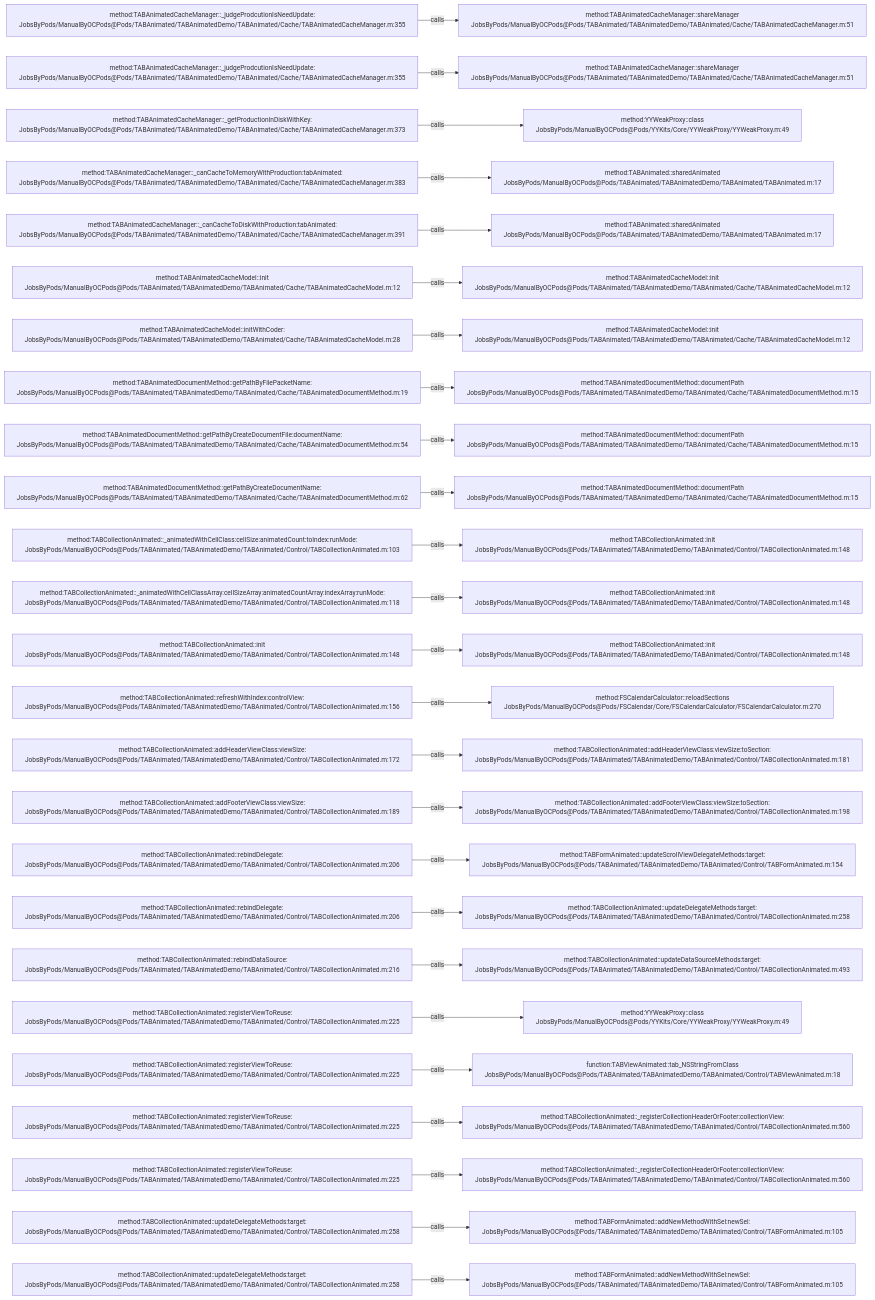
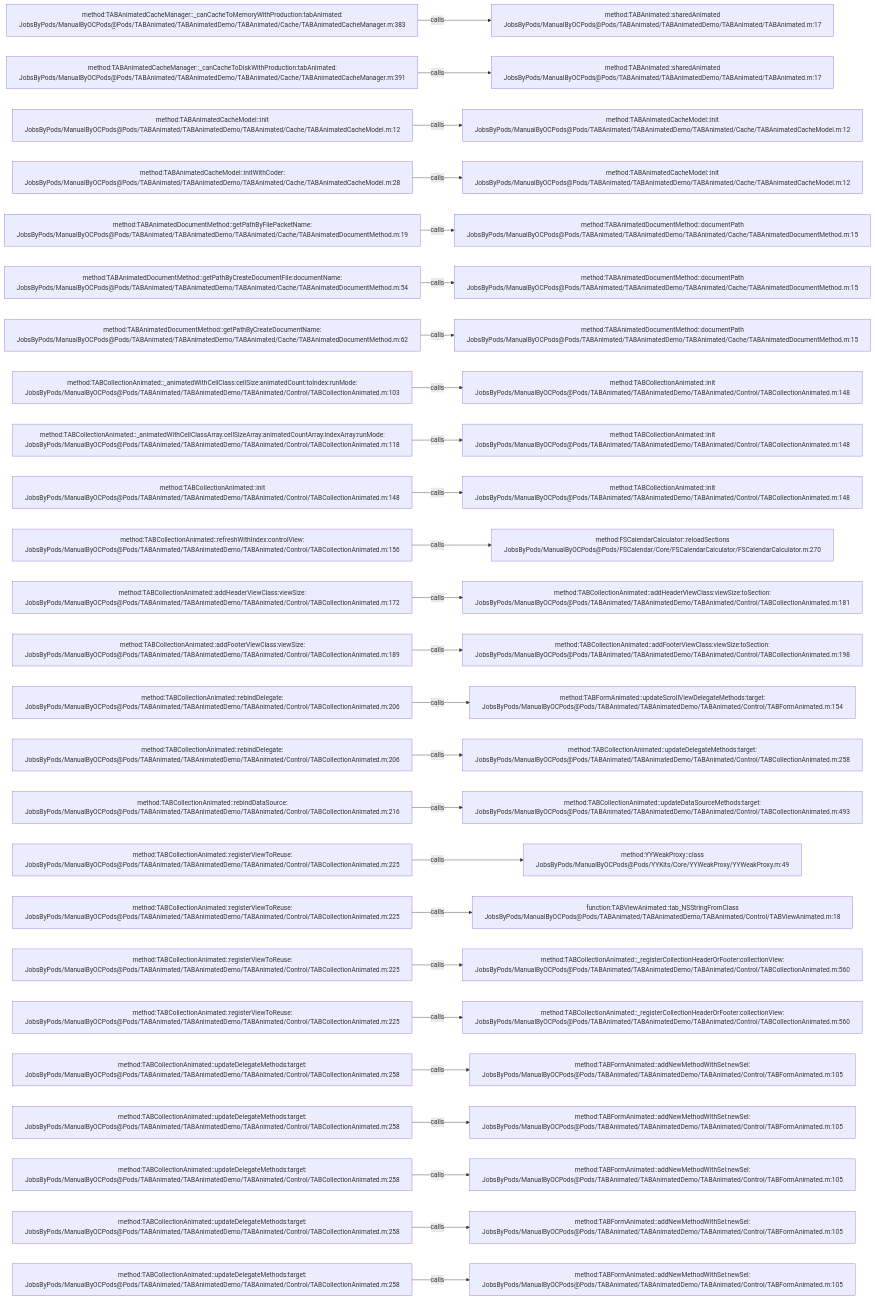
One commit to JobsKits/JobsOCBaseConfigDemo changed the diagram in .codegraph/codegraph.md/graphs/calls-023.md. Above: the diagram before and after it, drawn with Mermaid. The commit also changed 342 other files, not shown here.

````diff
--- a/.codegraph/codegraph.md/graphs/calls-023.md
+++ b/.codegraph/codegraph.md/graphs/calls-023.md
@@ -13,78 +13,78 @@
 ```mermaid
 flowchart LR
-  S1["method:TABAnimatedCacheManager::_judgeProdcutionIsNeedUpdate:<br/>JobsByPods/ManualByOCPods@Pods/TABAnimated/TABAnimatedDemo/TABAnimated/Cache/TABAnimatedCacheManager.m:355"]
-  T1["method:TABAnimatedCacheManager::shareManager<br/>JobsByPods/ManualByOCPods@Pods/TABAnimated/TABAnimatedDemo/TABAnimated/Cache/TABAnimatedCacheManager.m:51"]
+  S1["method:TABAnimatedCacheManager::_canCacheToMemoryWithProduction:tabAnimated:<br/>JobsByPods/ManualByOCPods@Pods/TABAnimated/TABAnimatedDemo/TABAnimated/Cache/TABAnimatedCacheManager.m:383"]
+  T1["method:TABAnimated::sharedAnimated<br/>JobsByPods/ManualByOCPods@Pods/TABAnimated/TABAnimatedDemo/TABAnimated/TABAnimated.m:17"]
   S1 -->|calls| T1
-  S2["method:TABAnimatedCacheManager::_judgeProdcutionIsNeedUpdate:<br/>JobsByPods/ManualByOCPods@Pods/TABAnimated/TABAnimatedDemo/TABAnimated/Cache/TABAnimatedCacheManager.m:355"]
-  T2["method:TABAnimatedCacheManager::shareManager<br/>JobsByPods/ManualByOCPods@Pods/TABAnimated/TABAnimatedDemo/TABAnimated/Cache/TABAnimatedCacheManager.m:51"]
+  S2["method:TABAnimatedCacheManager::_canCacheToDiskWithProduction:tabAnimated:<br/>JobsByPods/ManualByOCPods@Pods/TABAnimated/TABAnimatedDemo/TABAnimated/Cache/TABAnimatedCacheManager.m:391"]
+  T2["method:TABAnimated::sharedAnimated<br/>JobsByPods/ManualByOCPods@Pods/TABAnimated/TABAnimatedDemo/TABAnimated/TABAnimated.m:17"]
   S2 -->|calls| T2
-  S3["method:TABAnimatedCacheManager::_getProductionInDiskWithKey:<br/>JobsByPods/ManualByOCPods@Pods/TABAnimated/TABAnimatedDemo/TABAnimated/Cache/TABAnimatedCacheManager.m:373"]
-  T3["method:YYWeakProxy::class<br/>JobsByPods/ManualByOCPods@Pods/YYKits/Core/YYWeakProxy/YYWeakProxy.m:49"]
+  S3["method:TABAnimatedCacheModel::init<br/>JobsByPods/ManualByOCPods@Pods/TABAnimated/TABAnimatedDemo/TABAnimated/Cache/TABAnimatedCacheModel.m:12"]
+  T3["method:TABAnimatedCacheModel::init<br/>JobsByPods/ManualByOCPods@Pods/TABAnimated/TABAnimatedDemo/TABAnimated/Cache/TABAnimatedCacheModel.m:12"]
   S3 -->|calls| T3
-  S4["method:TABAnimatedCacheManager::_canCacheToMemoryWithProduction:tabAnimated:<br/>JobsByPods/ManualByOCPods@Pods/TABAnimated/TABAnimatedDemo/TABAnimated/Cache/TABAnimatedCacheManager.m:383"]
-  T4["method:TABAnimated::sharedAnimated<br/>JobsByPods/ManualByOCPods@Pods/TABAnimated/TABAnimatedDemo/TABAnimated/TABAnimated.m:17"]
+  S4["method:TABAnimatedCacheModel::initWithCoder:<br/>JobsByPods/ManualByOCPods@Pods/TABAnimated/TABAnimatedDemo/TABAnimated/Cache/TABAnimatedCacheModel.m:28"]
+  T4["method:TABAnimatedCacheModel::init<br/>JobsByPods/ManualByOCPods@Pods/TABAnimated/TABAnimatedDemo/TABAnimated/Cache/TABAnimatedCacheModel.m:12"]
   S4 -->|calls| T4
-  S5["method:TABAnimatedCacheManager::_canCacheToDiskWithProduction:tabAnimated:<br/>JobsByPods/ManualByOCPods@Pods/TABAnimated/TABAnimatedDemo/TABAnimated/Cache/TABAnimatedCacheManager.m:391"]
-  T5["method:TABAnimated::sharedAnimated<br/>JobsByPods/ManualByOCPods@Pods/TABAnimated/TABAnimatedDemo/TABAnimated/TABAnimated.m:17"]
+  S5["method:TABAnimatedDocumentMethod::getPathByFilePacketName:<br/>JobsByPods/ManualByOCPods@Pods/TABAnimated/TABAnimatedDemo/TABAnimated/Cache/TABAnimatedDocumentMethod.m:19"]
+  T5["method:TABAnimatedDocumentMethod::documentPath<br/>JobsByPods/ManualByOCPods@Pods/TABAnimated/TABAnimatedDemo/TABAnimated/Cache/TABAnimatedDocumentMethod.m:15"]
   S5 -->|calls| T5
-  S6["method:TABAnimatedCacheModel::init<br/>JobsByPods/ManualByOCPods@Pods/TABAnimated/TABAnimatedDemo/TABAnimated/Cache/TABAnimatedCacheModel.m:12"]
-  T6["method:TABAnimatedCacheModel::init<br/>JobsByPods/ManualByOCPods@Pods/TABAnimated/TABAnimatedDemo/TABAnimated/Cache/TABAnimatedCacheModel.m:12"]
+  S6["method:TABAnimatedDocumentMethod::getPathByCreateDocumentFile:documentName:<br/>JobsByPods/ManualByOCPods@Pods/TABAnimated/TABAnimatedDemo/TABAnimated/Cache/TABAnimatedDocumentMethod.m:54"]
+  T6["method:TABAnimatedDocumentMethod::documentPath<br/>JobsByPods/ManualByOCPods@Pods/TABAnimated/TABAnimatedDemo/TABAnimated/Cache/TABAnimatedDocumentMethod.m:15"]
   S6 -->|calls| T6
-  S7["method:TABAnimatedCacheModel::initWithCoder:<br/>JobsByPods/ManualByOCPods@Pods/TABAnimated/TABAnimatedDemo/TABAnimated/Cache/TABAnimatedCacheModel.m:28"]
-  T7["method:TABAnimatedCacheModel::init<br/>JobsByPods/ManualByOCPods@Pods/TABAnimated/TABAnimatedDemo/TABAnimated/Cache/TABAnimatedCacheModel.m:12"]
+  S7["method:TABAnimatedDocumentMethod::getPathByCreateDocumentName:<br/>JobsByPods/ManualByOCPods@Pods/TABAnimated/TABAnimatedDemo/TABAnimated/Cache/TABAnimatedDocumentMethod.m:62"]
+  T7["method:TABAnimatedDocumentMethod::documentPath<br/>JobsByPods/ManualByOCPods@Pods/TABAnimated/TABAnimatedDemo/TABAnimated/Cache/TABAnimatedDocumentMethod.m:15"]
   S7 -->|calls| T7
-  S8["method:TABAnimatedDocumentMethod::getPathByFilePacketName:<br/>JobsByPods/ManualByOCPods@Pods/TABAnimated/TABAnimatedDemo/TABAnimated/Cache/TABAnimatedDocumentMethod.m:19"]
-  T8["method:TABAnimatedDocumentMethod::documentPath<br/>JobsByPods/ManualByOCPods@Pods/TABAnimated/TABAnimatedDemo/TABAnimated/Cache/TABAnimatedDocumentMethod.m:15"]
+  S8["method:TABCollectionAnimated::_animatedWithCellClass:cellSize:animatedCount:toIndex:runMode:<br/>JobsByPods/ManualByOCPods@Pods/TABAnimated/TABAnimatedDemo/TABAnimated/Control/TABCollectionAnimated.m:103"]
+  T8["method:TABCollectionAnimated::init<br/>JobsByPods/ManualByOCPods@Pods/TABAnimated/TABAnimatedDemo/TABAnimated/Control/TABCollectionAnimated.m:148"]
   S8 -->|calls| T8
-  S9["method:TABAnimatedDocumentMethod::getPathByCreateDocumentFile:documentName:<br/>JobsByPods/ManualByOCPods@Pods/TABAnimated/TABAnimatedDemo/TABAnimated/Cache/TABAnimatedDocumentMethod.m:54"]
-  T9["method:TABAnimatedDocumentMethod::documentPath<br/>JobsByPods/ManualByOCPods@Pods/TABAnimated/TABAnimatedDemo/TABAnimated/Cache/TABAnimatedDocumentMethod.m:15"]
+  S9["method:TABCollectionAnimated::_animatedWithCellClassArray:cellSizeArray:animatedCountArray:indexArray:runMode:<br/>JobsByPods/ManualByOCPods@Pods/TABAnimated/TABAnimatedDemo/TABAnimated/Control/TABCollectionAnimated.m:118"]
+  T9["method:TABCollectionAnimated::init<br/>JobsByPods/ManualByOCPods@Pods/TABAnimated/TABAnimatedDemo/TABAnimated/Control/TABCollectionAnimated.m:148"]
   S9 -->|calls| T9
-  S10["method:TABAnimatedDocumentMethod::getPathByCreateDocumentName:<br/>JobsByPods/ManualByOCPods@Pods/TABAnimated/TABAnimatedDemo/TABAnimated/Cache/TABAnimatedDocumentMethod.m:62"]
-  T10["method:TABAnimatedDocumentMethod::documentPath<br/>JobsByPods/ManualByOCPods@Pods/TABAnimated/TABAnimatedDemo/TABAnimated/Cache/TABAnimatedDocumentMethod.m:15"]
+  S10["method:TABCollectionAnimated::init<br/>JobsByPods/ManualByOCPods@Pods/TABAnimated/TABAnimatedDemo/TABAnimated/Control/TABCollectionAnimated.m:148"]
+  T10["method:TABCollectionAnimated::init<br/>JobsByPods/ManualByOCPods@Pods/TABAnimated/TABAnimatedDemo/TABAnimated/Control/TABCollectionAnimated.m:148"]
   S10 -->|calls| T10
-  S11["method:TABCollectionAnimated::_animatedWithCellClass:cellSize:animatedCount:toIndex:runMode:<br/>JobsByPods/ManualByOCPods@Pods/TABAnimated/TABAnimatedDemo/TABAnimated/Control/TABCollectionAnimated.m:103"]
-  T11["method:TABCollectionAnimated::init<br/>JobsByPods/ManualByOCPods@Pods/TABAnimated/TABAnimatedDemo/TABAnimated/Control/TABCollectionAnimated.m:148"]
+  S11["method:TABCollectionAnimated::refreshWithIndex:controlView:<br/>JobsByPods/ManualByOCPods@Pods/TABAnimated/TABAnimatedDemo/TABAnimated/Control/TABCollectionAnimated.m:156"]
+  T11["method:FSCalendarCalculator::reloadSections<br/>JobsByPods/ManualByOCPods@Pods/FSCalendar/Core/FSCalendarCalculator/FSCalendarCalculator.m:270"]
   S11 -->|calls| T11
-  S12["method:TABCollectionAnimated::_animatedWithCellClassArray:cellSizeArray:animatedCountArray:indexArray:runMode:<br/>JobsByPods/ManualByOCPods@Pods/TABAnimated/TABAnimatedDemo/TABAnimated/Control/TABCollectionAnimated.m:118"]
-  T12["method:TABCollectionAnimated::init<br/>JobsByPods/ManualByOCPods@Pods/TABAnimated/TABAnimatedDemo/TABAnimated/Control/TABCollectionAnimated.m:148"]
+  S12["method:TABCollectionAnimated::addHeaderViewClass:viewSize:<br/>JobsByPods/ManualByOCPods@Pods/TABAnimated/TABAnimatedDemo/TABAnimated/Control/TABCollectionAnimated.m:172"]
+  T12["method:TABCollectionAnimated::addHeaderViewClass:viewSize:toSection:<br/>JobsByPods/ManualByOCPods@Pods/TABAnimated/TABAnimatedDemo/TABAnimated/Control/TABCollectionAnimated.m:181"]
   S12 -->|calls| T12
-  S13["method:TABCollectionAnimated::init<br/>JobsByPods/ManualByOCPods@Pods/TABAnimated/TABAnimatedDemo/TABAnimated/Control/TABCollectionAnimated.m:148"]
-  T13["method:TABCollectionAnimated::init<br/>JobsByPods/ManualByOCPods@Pods/TABAnimated/TABAnimatedDemo/TABAnimated/Control/TABCollectionAnimated.m:148"]
+  S13["method:TABCollectionAnimated::addFooterViewClass:viewSize:<br/>JobsByPods/ManualByOCPods@Pods/TABAnimated/TABAnimatedDemo/TABAnimated/Control/TABCollectionAnimated.m:189"]
+  T13["method:TABCollectionAnimated::addFooterViewClass:viewSize:toSection:<br/>JobsByPods/ManualByOCPods@Pods/TABAnimated/TABAnimatedDemo/TABAnimated/Control/TABCollectionAnimated.m:198"]
   S13 -->|calls| T13
-  S14["method:TABCollectionAnimated::refreshWithIndex:controlView:<br/>JobsByPods/ManualByOCPods@Pods/TABAnimated/TABAnimatedDemo/TABAnimated/Control/TABCollectionAnimated.m:156"]
-  T14["method:FSCalendarCalculator::reloadSections<br/>JobsByPods/ManualByOCPods@Pods/FSCalendar/Core/FSCalendarCalculator/FSCalendarCalculator.m:270"]
+  S14["method:TABCollectionAnimated::rebindDelegate:<br/>JobsByPods/ManualByOCPods@Pods/TABAnimated/TABAnimatedDemo/TABAnimated/Control/TABCollectionAnimated.m:206"]
+  T14["method:TABFormAnimated::updateScrollViewDelegateMethods:target:<br/>JobsByPods/ManualByOCPods@Pods/TABAnimated/TABAnimatedDemo/TABAnimated/Control/TABFormAnimated.m:154"]
   S14 -->|calls| T14
-  S15["method:TABCollectionAnimated::addHeaderViewClass:viewSize:<br/>JobsByPods/ManualByOCPods@Pods/TABAnimated/TABAnimatedDemo/TABAnimated/Control/TABCollectionAnimated.m:172"]
-  T15["method:TABCollectionAnimated::addHeaderViewClass:viewSize:toSection:<br/>JobsByPods/ManualByOCPods@Pods/TABAnimated/TABAnimatedDemo/TABAnimated/Control/TABCollectionAnimated.m:181"]
+  S15["method:TABCollectionAnimated::rebindDelegate:<br/>JobsByPods/ManualByOCPods@Pods/TABAnimated/TABAnimatedDemo/TABAnimated/Control/TABCollectionAnimated.m:206"]
+  T15["method:TABCollectionAnimated::updateDelegateMethods:target:<br/>JobsByPods/ManualByOCPods@Pods/TABAnimated/TABAnimatedDemo/TABAnimated/Control/TABCollectionAnimated.m:258"]
   S15 -->|calls| T15
-  S16["method:TABCollectionAnimated::addFooterViewClass:viewSize:<br/>JobsByPods/ManualByOCPods@Pods/TABAnimated/TABAnimatedDemo/TABAnimated/Control/TABCollectionAnimated.m:189"]
-  T16["method:TABCollectionAnimated::addFooterViewClass:viewSize:toSection:<br/>JobsByPods/ManualByOCPods@Pods/TABAnimated/TABAnimatedDemo/TABAnimated/Control/TABCollectionAnimated.m:198"]
+  S16["method:TABCollectionAnimated::rebindDataSource:<br/>JobsByPods/ManualByOCPods@Pods/TABAnimated/TABAnimatedDemo/TABAnimated/Control/TABCollectionAnimated.m:216"]
+  T16["method:TABCollectionAnimated::updateDataSourceMethods:target:<br/>JobsByPods/ManualByOCPods@Pods/TABAnimated/TABAnimatedDemo/TABAnimated/Control/TABCollectionAnimated.m:493"]
   S16 -->|calls| T16
-  S17["method:TABCollectionAnimated::rebindDelegate:<br/>JobsByPods/ManualByOCPods@Pods/TABAnimated/TABAnimatedDemo/TABAnimated/Control/TABCollectionAnimated.m:206"]
-  T17["method:TABFormAnimated::updateScrollViewDelegateMethods:target:<br/>JobsByPods/ManualByOCPods@Pods/TABAnimated/TABAnimatedDemo/TABAnimated/Control/TABFormAnimated.m:154"]
+  S17["method:TABCollectionAnimated::registerViewToReuse:<br/>JobsByPods/ManualByOCPods@Pods/TABAnimated/TABAnimatedDemo/TABAnimated/Control/TABCollectionAnimated.m:225"]
+  T17["method:YYWeakProxy::class<br/>JobsByPods/ManualByOCPods@Pods/YYKits/Core/YYWeakProxy/YYWeakProxy.m:49"]
   S17 -->|calls| T17
-  S18["method:TABCollectionAnimated::rebindDelegate:<br/>JobsByPods/ManualByOCPods@Pods/TABAnimated/TABAnimatedDemo/TABAnimated/Control/TABCollectionAnimated.m:206"]
-  T18["method:TABCollectionAnimated::updateDelegateMethods:target:<br/>JobsByPods/ManualByOCPods@Pods/TABAnimated/TABAnimatedDemo/TABAnimated/Control/TABCollectionAnimated.m:258"]
+  S18["method:TABCollectionAnimated::registerViewToReuse:<br/>JobsByPods/ManualByOCPods@Pods/TABAnimated/TABAnimatedDemo/TABAnimated/Control/TABCollectionAnimated.m:225"]
+  T18["function:TABViewAnimated::tab_NSStringFromClass<br/>JobsByPods/ManualByOCPods@Pods/TABAnimated/TABAnimatedDemo/TABAnimated/Control/TABViewAnimated.m:18"]
   S18 -->|calls| T18
-  S19["method:TABCollectionAnimated::rebindDataSource:<br/>JobsByPods/ManualByOCPods@Pods/TABAnimated/TABAnimatedDemo/TABAnimated/Control/TABCollectionAnimated.m:216"]
-  T19["method:TABCollectionAnimated::updateDataSourceMethods:target:<br/>JobsByPods/ManualByOCPods@Pods/TABAnimated/TABAnimatedDemo/TABAnimated/Control/TABCollectionAnimated.m:493"]
+  S19["method:TABCollectionAnimated::registerViewToReuse:<br/>JobsByPods/ManualByOCPods@Pods/TABAnimated/TABAnimatedDemo/TABAnimated/Control/TABCollectionAnimated.m:225"]
+  T19["method:TABCollectionAnimated::_registerCollectionHeaderOrFooter:collectionView:<br/>JobsByPods/ManualByOCPods@Pods/TABAnimated/TABAnimatedDemo/TABAnimated/Control/TABCollectionAnimated.m:560"]
   S19 -->|calls| T19
   S20["method:TABCollectionAnimated::registerViewToReuse:<br/>JobsByPods/ManualByOCPods@Pods/TABAnimated/TABAnimatedDemo/TABAnimated/Control/TABCollectionAnimated.m:225"]
-  T20["method:YYWeakProxy::class<br/>JobsByPods/ManualByOCPods@Pods/YYKits/Core/YYWeakProxy/YYWeakProxy.m:49"]
+  T20["method:TABCollectionAnimated::_registerCollectionHeaderOrFooter:collectionView:<br/>JobsByPods/ManualByOCPods@Pods/TABAnimated/TABAnimatedDemo/TABAnimated/Control/TABCollectionAnimated.m:560"]
   S20 -->|calls| T20
-  S21["method:TABCollectionAnimated::registerViewToReuse:<br/>JobsByPods/ManualByOCPods@Pods/TABAnimated/TABAnimatedDemo/TABAnimated/Control/TABCollectionAnimated.m:225"]
-  T21["function:TABViewAnimated::tab_NSStringFromClass<br/>JobsByPods/ManualByOCPods@Pods/TABAnimated/TABAnimatedDemo/TABAnimated/Control/TABViewAnimated.m:18"]
+  S21["method:TABCollectionAnimated::updateDelegateMethods:target:<br/>JobsByPods/ManualByOCPods@Pods/TABAnimated/TABAnimatedDemo/TABAnimated/Control/TABCollectionAnimated.m:258"]
+  T21["method:TABFormAnimated::addNewMethodWithSel:newSel:<br/>JobsByPods/ManualByOCPods@Pods/TABAnimated/TABAnimatedDemo/TABAnimated/Control/TABFormAnimated.m:105"]
   S21 -->|calls| T21
-  S22["method:TABCollectionAnimated::registerViewToReuse:<br/>JobsByPods/ManualByOCPods@Pods/TABAnimated/TABAnimatedDemo/TABAnimated/Control/TABCollectionAnimated.m:225"]
-  T22["method:TABCollectionAnimated::_registerCollectionHeaderOrFooter:collectionView:<br/>JobsByPods/ManualByOCPods@Pods/TABAnimated/TABAnimatedDemo/TABAnimated/Control/TABCollectionAnimated.m:560"]
+  S22["method:TABCollectionAnimated::updateDelegateMethods:target:<br/>JobsByPods/ManualByOCPods@Pods/TABAnimated/TABAnimatedDemo/TABAnimated/Control/TABCollectionAnimated.m:258"]
+  T22["method:TABFormAnimated::addNewMethodWithSel:newSel:<br/>JobsByPods/ManualByOCPods@Pods/TABAnimated/TABAnimatedDemo/TABAnimated/Control/TABFormAnimated.m:105"]
   S22 -->|calls| T22
-  S23["method:TABCollectionAnimated::registerViewToReuse:<br/>JobsByPods/ManualByOCPods@Pods/TABAnimated/TABAnimatedDemo/TABAnimated/Control/TABCollectionAnimated.m:225"]
-  T23["method:TABCollectionAnimated::_registerCollectionHeaderOrFooter:collectionView:<br/>JobsByPods/ManualByOCPods@Pods/TABAnimated/TABAnimatedDemo/TABAnimated/Control/TABCollectionAnimated.m:560"]
+  S23["method:TABCollectionAnimated::updateDelegateMethods:target:<br/>JobsByPods/ManualByOCPods@Pods/TABAnimated/TABAnimatedDemo/TABAnimated/Control/TABCollectionAnimated.m:258"]
+  T23["method:TABFormAnimated::addNewMethodWithSel:newSel:<br/>JobsByPods/ManualByOCPods@Pods/TABAnimated/TABAnimatedDemo/TABAnimated/Control/TABFormAnimated.m:105"]
   S23 -->|calls| T23
   S24["method:TABCollectionAnimated::updateDelegateMethods:target:<br/>JobsByPods/ManualByOCPods@Pods/TABAnimated/TABAnimatedDemo/TABAnimated/Control/TABCollectionAnimated.m:258"]
   T24["method:TABFormAnimated::addNewMethodWithSel:newSel:<br/>JobsByPods/ManualByOCPods@Pods/TABAnimated/TABAnimatedDemo/TABAnimated/Control/TABFormAnimated.m:105"]
   S24 -->|calls| T24
   S25["method:TABCollectionAnimated::updateDelegateMethods:target:<br/>JobsByPods/ManualByOCPods@Pods/TABAnimated/TABAnimatedDemo/TABAnimated/Control/TABCollectionAnimated.m:258"]
   T25["method:TABFormAnimated::addNewMethodWithSel:newSel:<br/>JobsByPods/ManualByOCPods@Pods/TABAnimated/TABAnimatedDemo/TABAnimated/Control/TABFormAnimated.m:105"]
   S25 -->|calls| T25
 ```
````
